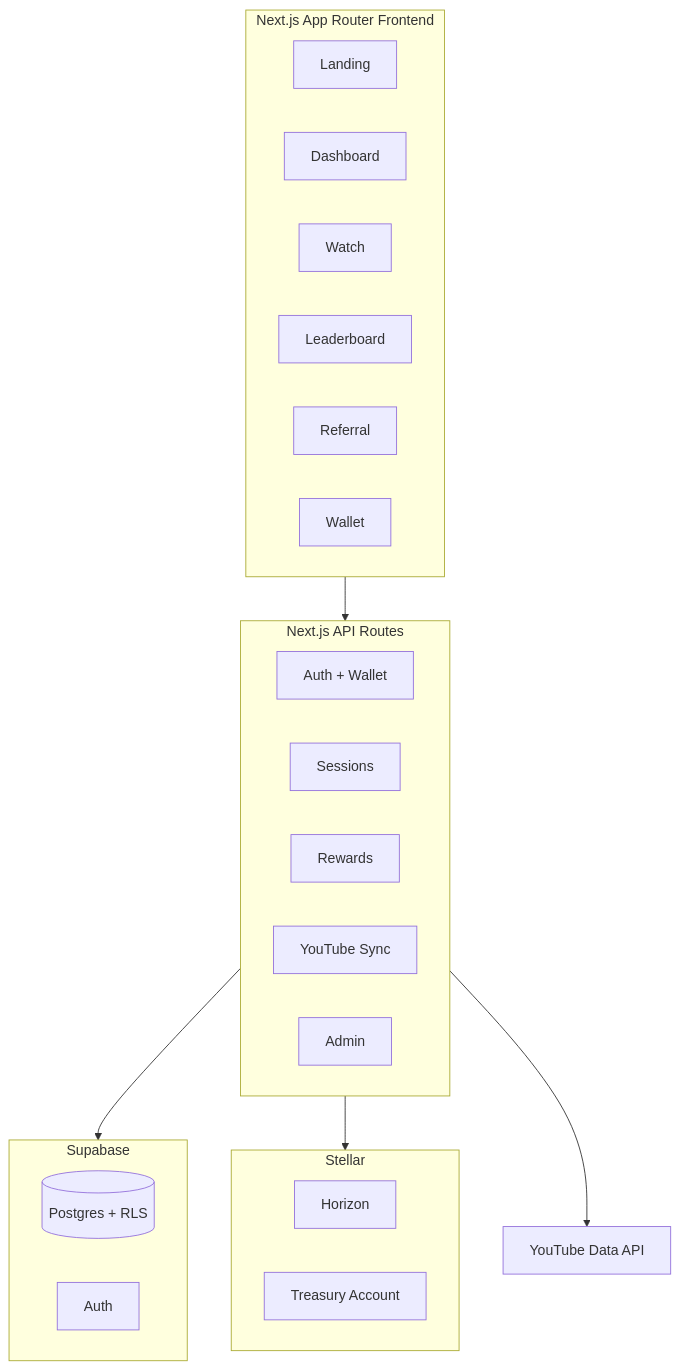
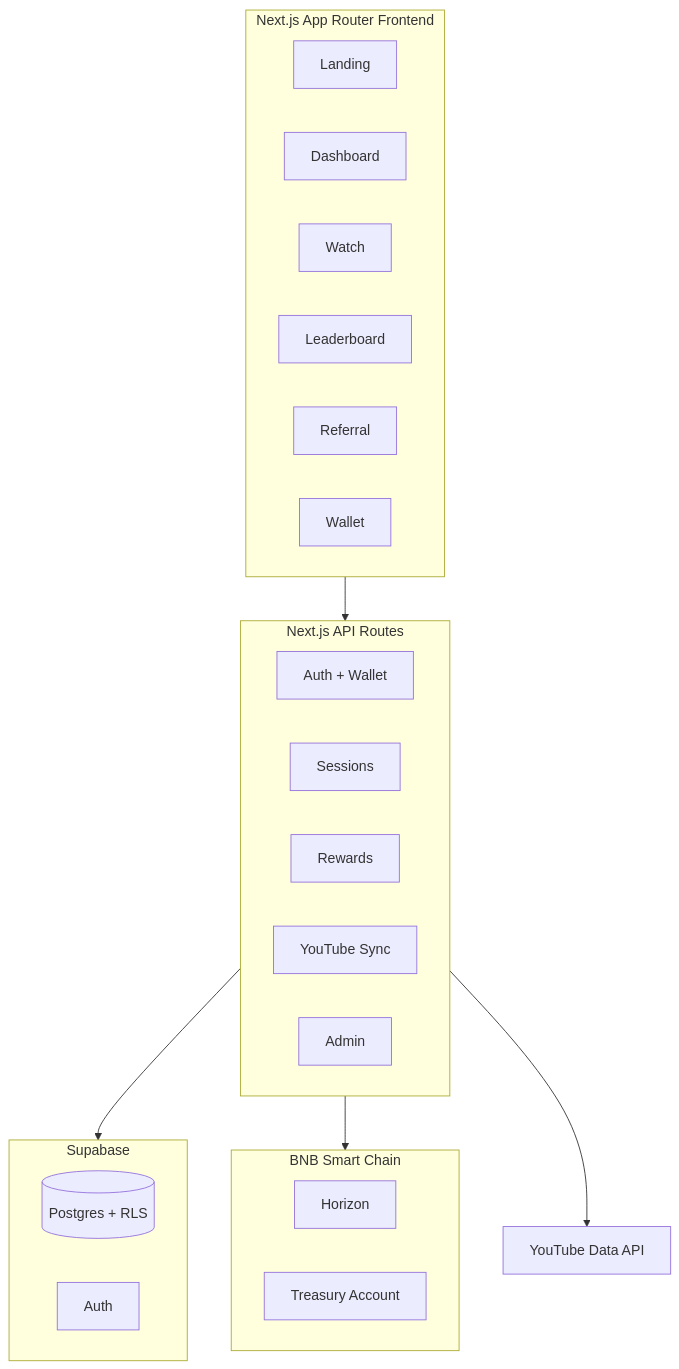
Before and after one commit to artomily/samono: the third of 4 diagrams in README.md, drawn with Mermaid. The commit also changed other lines of this file and 46 other files, not shown here.

First line of the commit message:
feat: migrate from Stellar to BNB Smart Chain

````diff
--- a/README.md
+++ b/README.md
@@ -94,36 +90,36 @@
 ```mermaid
 flowchart TB
 	subgraph Frontend[Next.js App Router Frontend]
 		LP[Landing]
 		DB[Dashboard]
 		WT[Watch]
 		LB[Leaderboard]
 		RF[Referral]
 		WL[Wallet]
 	end
 
 	subgraph API[Next.js API Routes]
 		AUTH[Auth + Wallet]
 		SES[Sessions]
 		REW[Rewards]
 		YTS[YouTube Sync]
 		ADM[Admin]
 	end
 
 	subgraph Data[Supabase]
 		PG[(Postgres + RLS)]
 		AU[Auth]
 	end
 
-	subgraph Chain[Stellar]
+	subgraph Chain[BNB Smart Chain]
 		HZ[Horizon]
 		TR[Treasury Account]
 	end
 
 	YT[YouTube Data API]
 
 	Frontend --> API
 	API --> Data
 	API --> Chain
 	API --> YT
 ```
````
